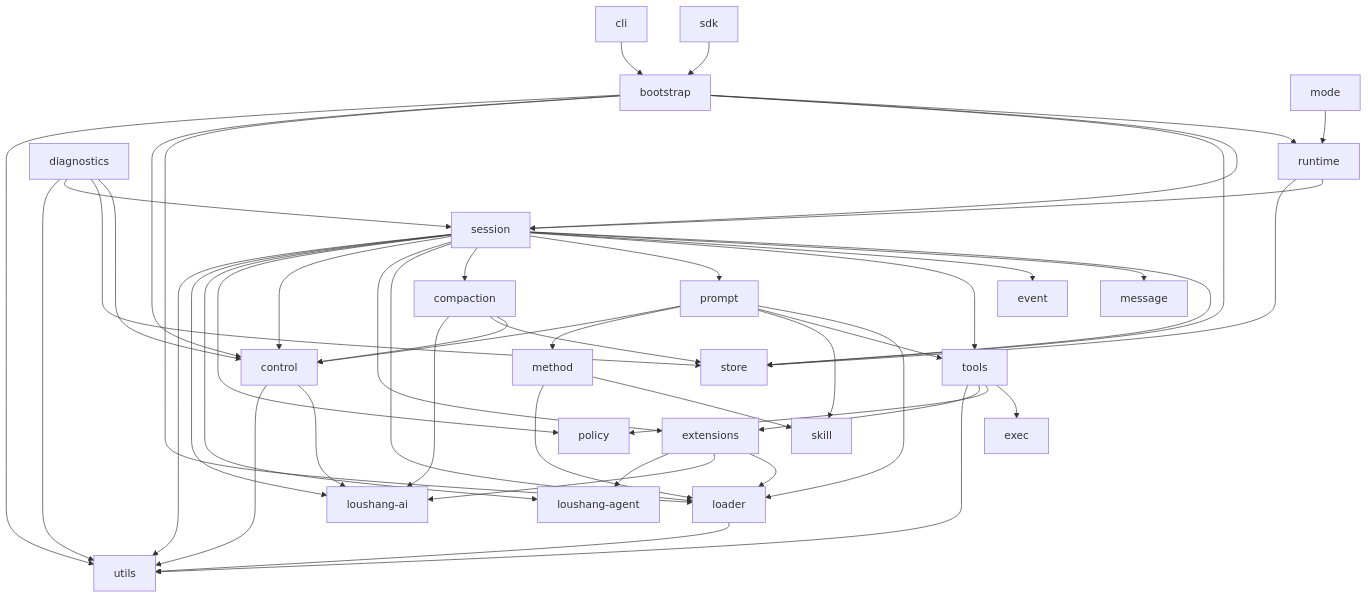
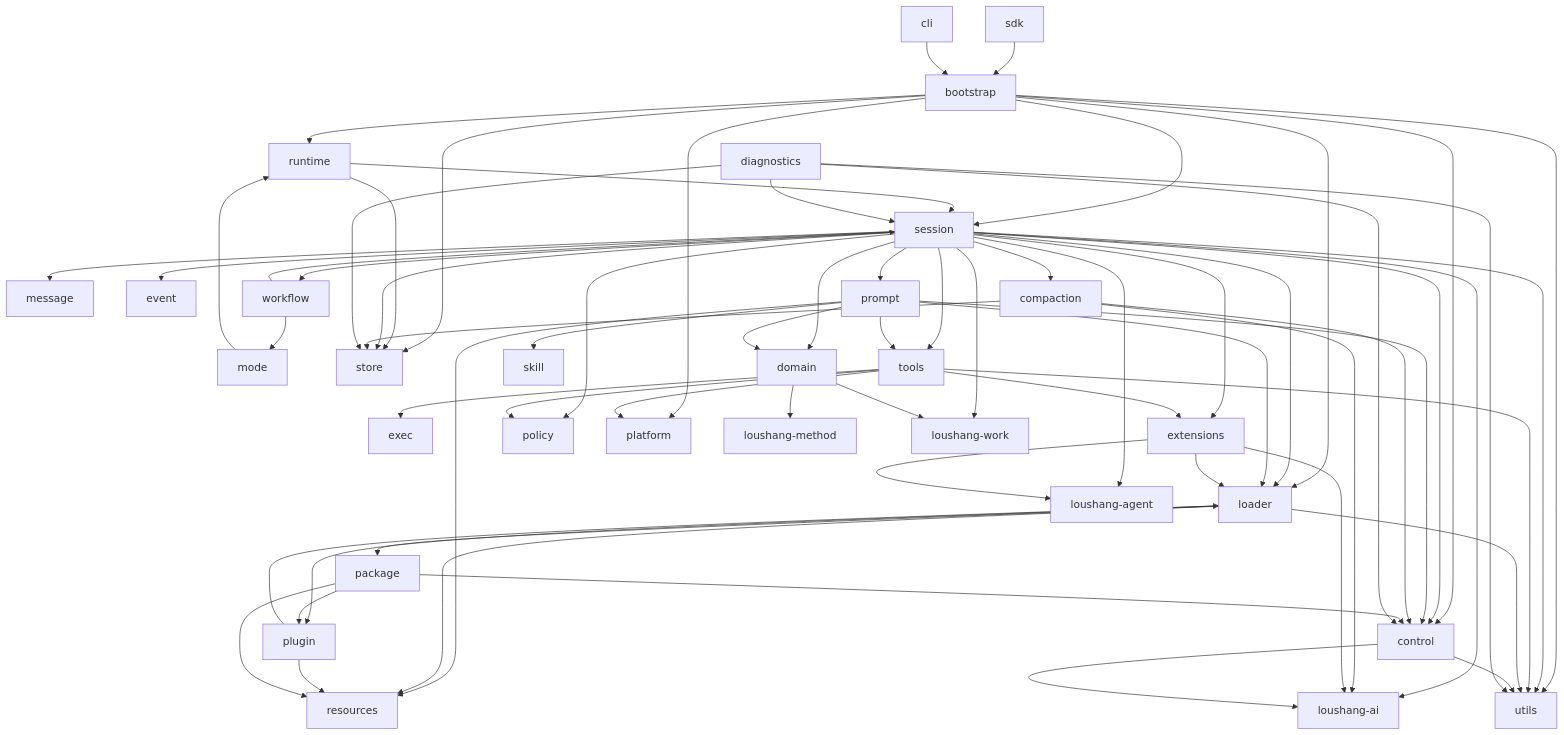
One commit to wrongbutworks/loushang changed the first of 2 diagrams in docs/internals/architecture/coding/loushang-coding-component-dependencies.md. Above: the diagram before and after it, drawn with Mermaid. The commit also changed other lines of this file and 58 other files, not shown here.

Commit message:
docs: align architecture documentation

```diff
--- a/docs/internals/architecture/coding/loushang-coding-component-dependencies.md
+++ b/docs/internals/architecture/coding/loushang-coding-component-dependencies.md
@@ -64,16 +64,23 @@
 
     SKILL["skill"]
     LOADER["loader"]
+    RESOURCES["resources"]
     EXT["extensions"]
-    METHOD["method"]
+    PLUGIN["plugin"]
+    PACKAGE["package"]
+    DOMAIN["domain"]
 
     CONTROL["control"]
     POLICY["policy"]
     DIAG["diagnostics"]
+    PLATFORM["platform"]
+    WORKFLOW["workflow"]
     UTILS["utils"]
 
     AGENT["loushang-agent"]
     AI["loushang-ai"]
+    METHOD["loushang-method"]
+    WORK["loushang-work"]
 
     SDK --> BOOT
     CLI --> BOOT
@@ -84,6 +91,7 @@
     BOOT --> STORE
     BOOT --> LOADER
     BOOT --> CONTROL
+    BOOT --> PLATFORM
 
     RUNTIME --> SESSION
     RUNTIME --> STORE
@@ -96,37 +104,54 @@
     SESSION --> COMPACTION
     SESSION --> LOADER
     SESSION --> EXT
+    SESSION --> DOMAIN
     SESSION --> CONTROL
     SESSION --> POLICY
+    SESSION --> WORKFLOW
     SESSION --> AGENT
     SESSION --> AI
+    SESSION --> WORK
 
     TOOLS --> EXEC
     TOOLS --> POLICY
     TOOLS --> EXT
+    TOOLS --> PLATFORM
 
     PROMPT --> LOADER
+    PROMPT --> RESOURCES
     PROMPT --> TOOLS
     PROMPT --> SKILL
-    PROMPT --> METHOD
+    PROMPT --> DOMAIN
     PROMPT --> CONTROL
 
     COMPACTION --> CONTROL
     COMPACTION --> STORE
     COMPACTION --> AI
 
+    LOADER --> RESOURCES
+    LOADER --> PACKAGE
+    LOADER --> PLUGIN
+
     EXT --> LOADER
     EXT --> AI
     EXT --> AGENT
 
-    METHOD --> SKILL
-    METHOD --> LOADER
+    PLUGIN --> RESOURCES
+    PLUGIN --> LOADER
+    PACKAGE --> RESOURCES
+    PACKAGE --> PLUGIN
+    PACKAGE --> CONTROL
+    DOMAIN --> METHOD
+    DOMAIN --> WORK
 
     CONTROL --> AI
 
     DIAG --> CONTROL
     DIAG --> STORE
     DIAG --> SESSION
+
+    WORKFLOW --> SESSION
+    WORKFLOW --> MODE
 
     BOOT --> UTILS
     SESSION --> UTILS
```
